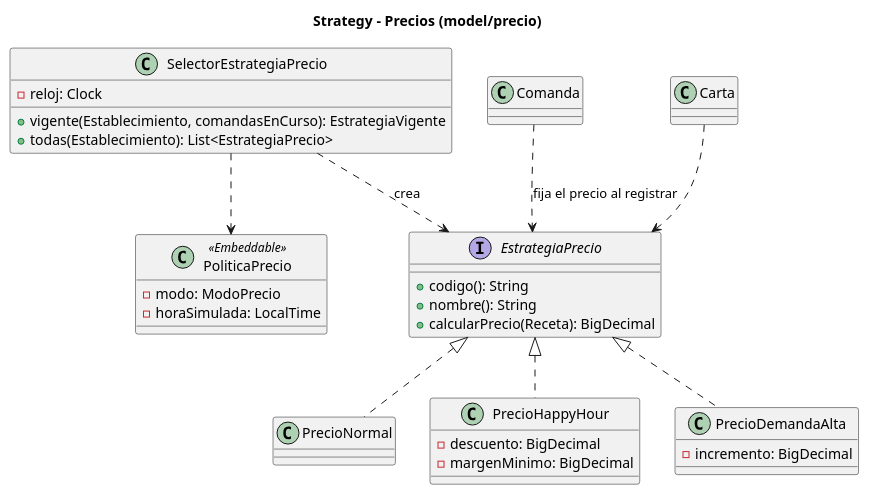
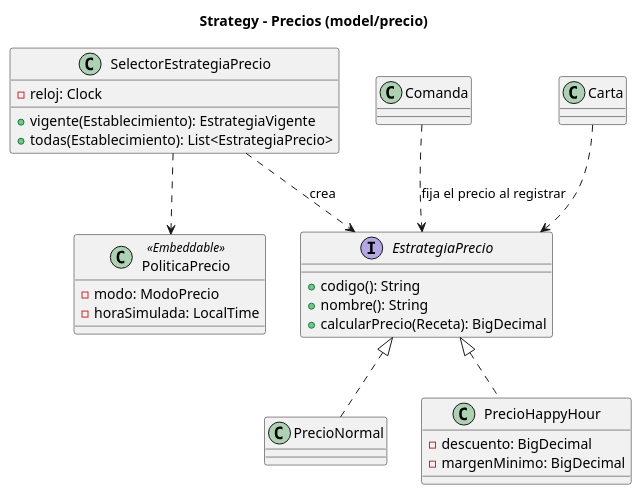
The third of 5 diagrams in docs/uml/BarStock_Implementado.puml (SantiMorgan/TPO_pdd_Grupo4), drawn with PlantUML before and after one commit. The commit also changed other lines of this file and 103 other files, not shown here.

```diff
--- a/docs/uml/BarStock_Implementado.puml
+++ b/docs/uml/BarStock_Implementado.puml
@@ -117,36 +129,32 @@
 @startuml StrategyImplementado
 title Strategy - Precios (model/precio)
 
 interface EstrategiaPrecio {
   +codigo(): String
   +nombre(): String
   +calcularPrecio(Receta): BigDecimal
 }
 class PrecioNormal
 class PrecioHappyHour {
   -descuento: BigDecimal
   -margenMinimo: BigDecimal
 }
-class PrecioDemandaAlta {
-  -incremento: BigDecimal
-}
 class SelectorEstrategiaPrecio {
   -reloj: Clock
-  +vigente(Establecimiento, comandasEnCurso): EstrategiaVigente
+  +vigente(Establecimiento): EstrategiaVigente
   +todas(Establecimiento): List<EstrategiaPrecio>
 }
 class PoliticaPrecio <<Embeddable>> {
   -modo: ModoPrecio
   -horaSimulada: LocalTime
 }
 class Comanda
 class Carta
 
 EstrategiaPrecio <|.. PrecioNormal
 EstrategiaPrecio <|.. PrecioHappyHour
-EstrategiaPrecio <|.. PrecioDemandaAlta
 SelectorEstrategiaPrecio ..> PoliticaPrecio
 SelectorEstrategiaPrecio ..> EstrategiaPrecio : crea
 Comanda ..> EstrategiaPrecio : fija el precio al registrar
 Carta ..> EstrategiaPrecio
 @enduml
```
